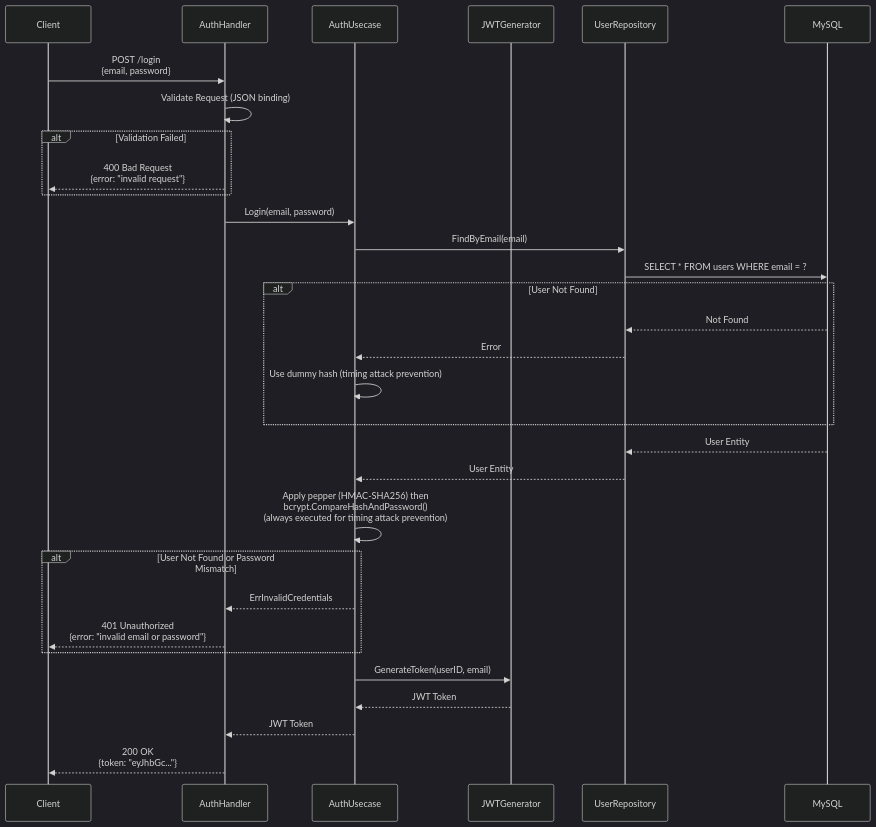
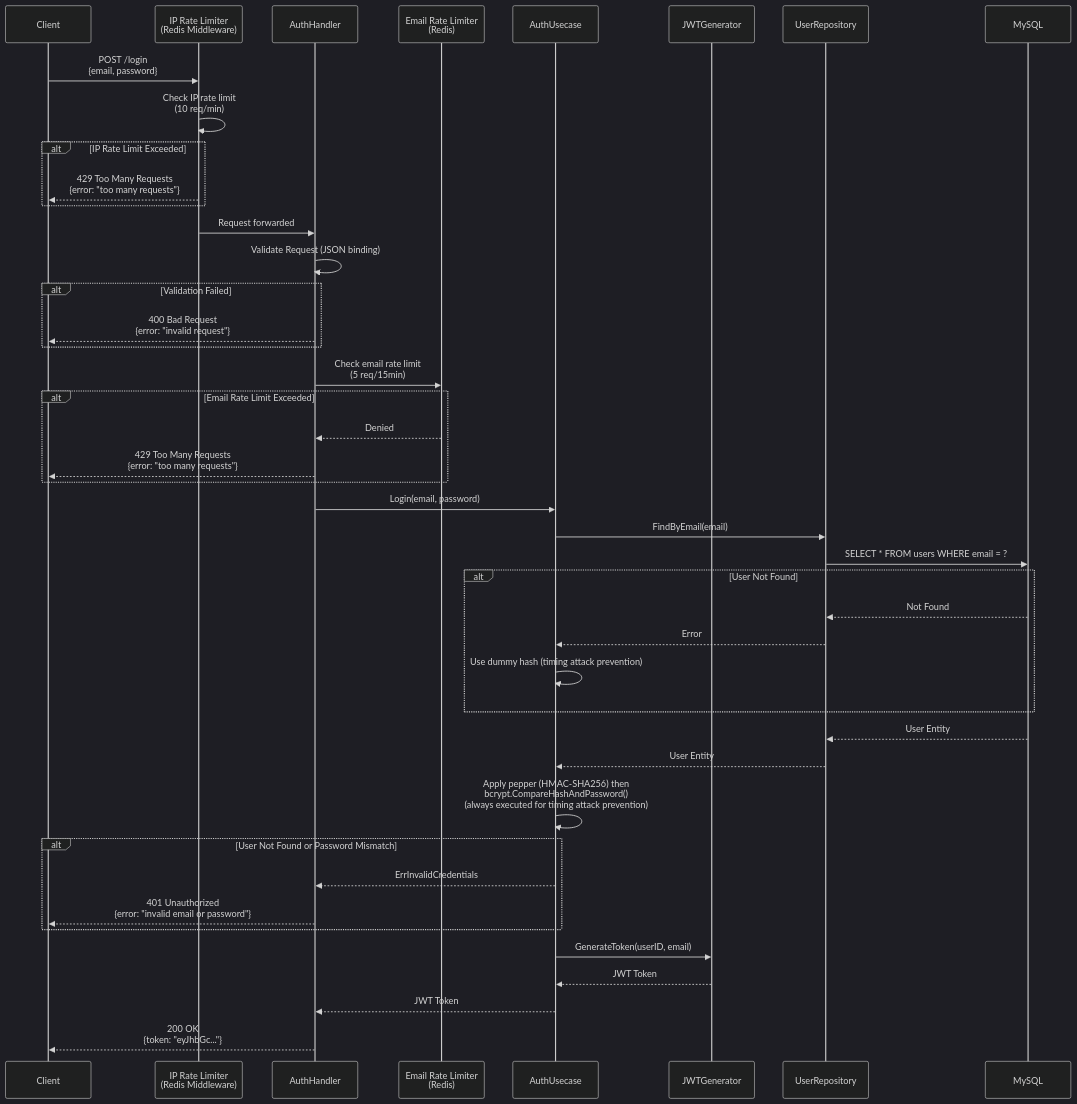
Before and after one commit to UCHIDAnobuhiro/stock_backend: the second of 3 diagrams in internal/feature/auth/README.md, drawn with Mermaid (dark theme). The commit also changed other lines of this file and 9 other files, not shown here.

````diff
--- a/internal/feature/auth/README.md
+++ b/internal/feature/auth/README.md
@@ -54,40 +63,56 @@
 ```mermaid
 sequenceDiagram
     participant Client
+    participant RateLimit as IP Rate Limiter<br/>(Redis Middleware)
     participant Handler as AuthHandler
+    participant Limiter as Email Rate Limiter<br/>(Redis)
     participant Usecase as AuthUsecase
     participant JWTGenerator as JWTGenerator
     participant Repository as UserRepository
     participant DB as MySQL
 
-    Client->>Handler: POST /login<br/>{email, password}
+    Client->>RateLimit: POST /login<br/>{email, password}
+    RateLimit->>RateLimit: Check IP rate limit<br/>(10 req/min)
+
+    alt IP Rate Limit Exceeded
+        RateLimit-->>Client: 429 Too Many Requests<br/>{error: "too many requests"}
+    end
+
+    RateLimit->>Handler: Request forwarded
     Handler->>Handler: Validate Request (JSON binding)
 
     alt Validation Failed
         Handler-->>Client: 400 Bad Request<br/>{error: "invalid request"}
+    end
+
+    Handler->>Limiter: Check email rate limit<br/>(5 req/15min)
+
+    alt Email Rate Limit Exceeded
+        Limiter-->>Handler: Denied
+        Handler-->>Client: 429 Too Many Requests<br/>{error: "too many requests"}
     end
 
     Handler->>Usecase: Login(email, password)
     Usecase->>Repository: FindByEmail(email)
     Repository->>DB: SELECT * FROM users WHERE email = ?
 
     alt User Not Found
         DB-->>Repository: Not Found
         Repository-->>Usecase: Error
         Usecase->>Usecase: Use dummy hash (timing attack prevention)
     end
 
     DB-->>Repository: User Entity
     Repository-->>Usecase: User Entity
     Usecase->>Usecase: Apply pepper (HMAC-SHA256) then<br/>bcrypt.CompareHashAndPassword()<br/>(always executed for timing attack prevention)
 
     alt User Not Found or Password Mismatch
         Usecase-->>Handler: ErrInvalidCredentials
         Handler-->>Client: 401 Unauthorized<br/>{error: "invalid email or password"}
     end
 
     Usecase->>JWTGenerator: GenerateToken(userID, email)
     JWTGenerator-->>Usecase: JWT Token
     Usecase-->>Handler: JWT Token
     Handler-->>Client: 200 OK<br/>{token: "eyJhbGc..."}
 ```
````
